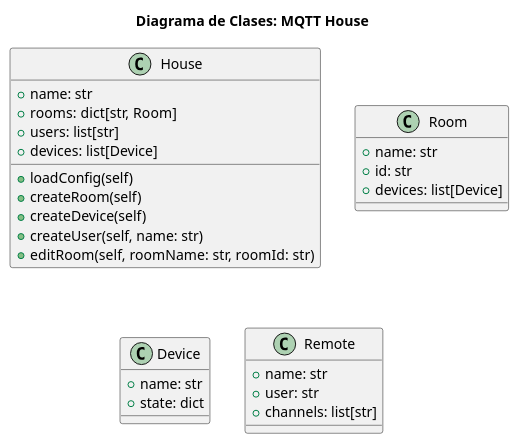
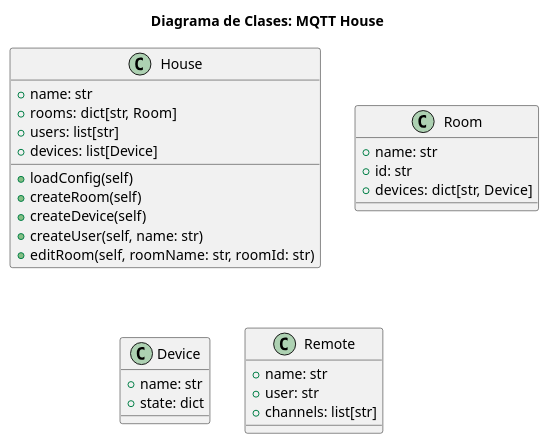
Before and after one commit to MrDahaniel/uisFiles: the diagram in 7mo Semestre/Ingeniería de Software I/Tareas/MQTT/Design/classDiagram.plantuml, drawn with PlantUML.

```diff
--- a/7mo Semestre/Ingeniería de Software I/Tareas/MQTT/Design/classDiagram.plantuml
+++ b/7mo Semestre/Ingeniería de Software I/Tareas/MQTT/Design/classDiagram.plantuml
@@ -1,38 +1,38 @@
 @startuml classDiagram
 
     title Diagrama de Clases: MQTT House
 
     ' Definición de clases
     class House {
         +name: str
         +rooms: dict[str, Room]
         +users: list[str]
         +devices: list[Device]
 
         +loadConfig(self)
         +createRoom(self)
         +createDevice(self)
         +createUser(self, name: str)
         +editRoom(self, roomName: str, roomId: str)
     }
 
     class Room {
         +name: str
         +id: str
-        +devices: list[Device]
+        +devices: dict[str, Device]
     }
 
     class Device {
         +name: str
         +state: dict
     }
 
     class Remote {
         +name: str
         +user: str
         +channels: list[str]
 
 
     }
 
 @enduml
```
